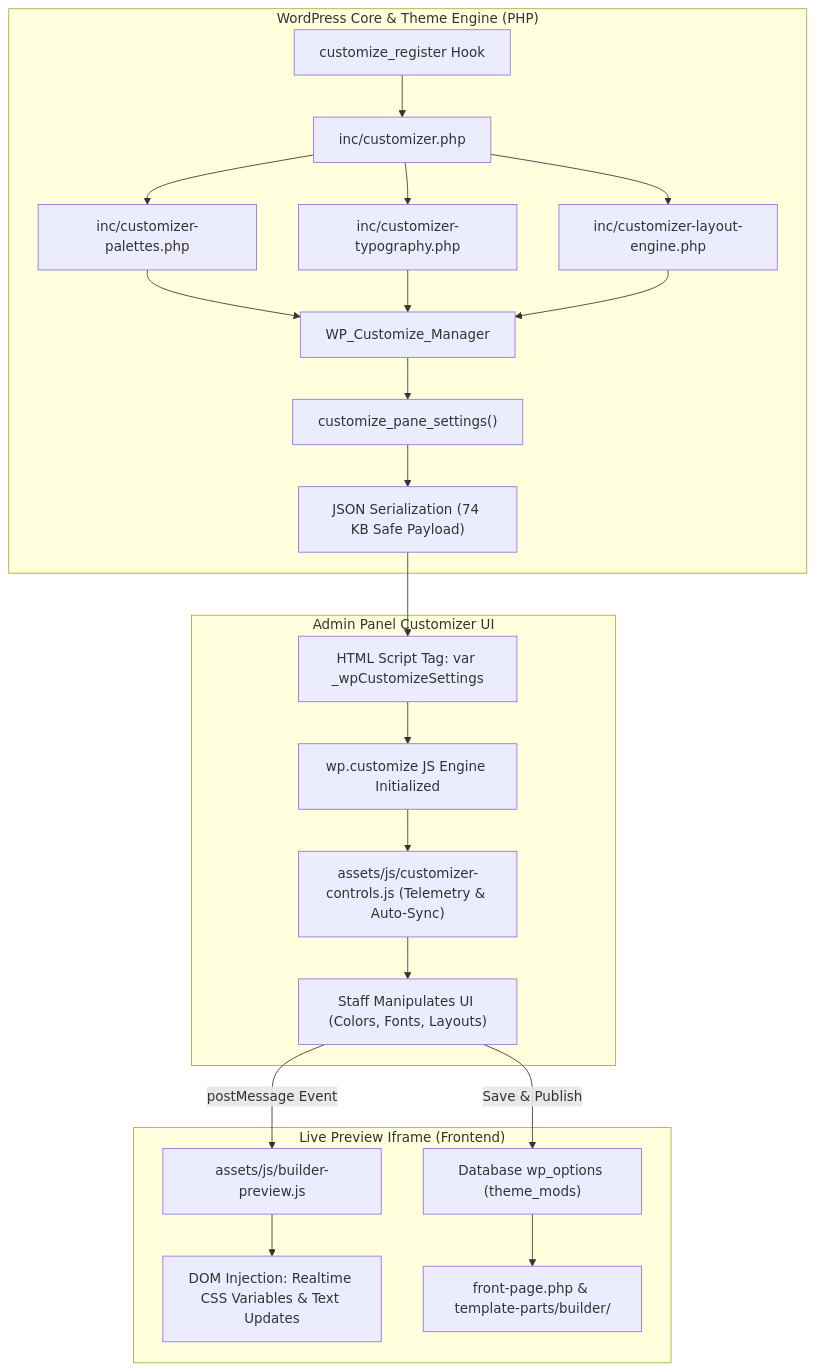
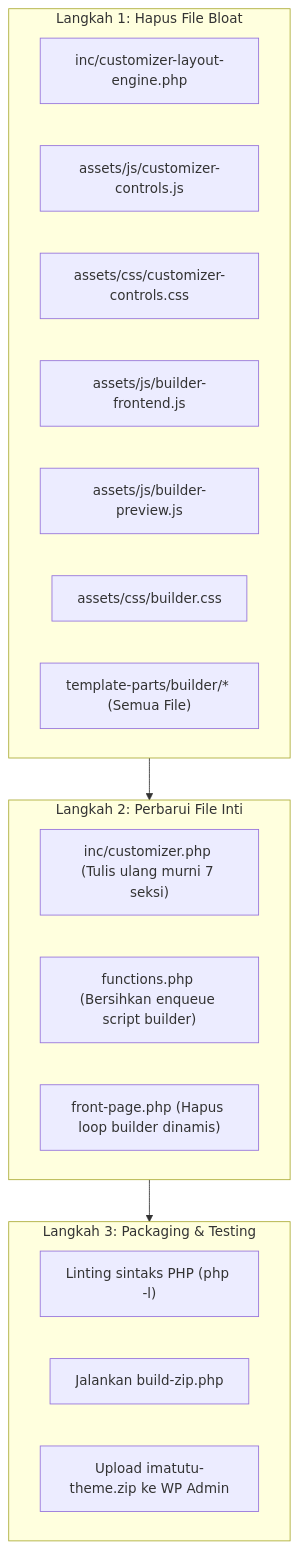
Before and after one commit to debudhiart/Imatutu-themes: the diagram in issue.md, drawn with Mermaid. The commit also changed other lines of this file and 3 other files, not shown here.

````diff
--- a/issue.md
+++ b/issue.md
@@ -190,27 +50,26 @@
 ```mermaid
 flowchart TD
-    subgraph WP_Backend["WordPress Core & Theme Engine (PHP)"]
-        A["customize_register Hook"] --> B["inc/customizer.php"]
-        B --> C["inc/customizer-palettes.php"]
-        B --> D["inc/customizer-typography.php"]
-        B --> E["inc/customizer-layout-engine.php"]
-        
-        C & D & E --> F["WP_Customize_Manager"]
-        F --> G["customize_pane_settings()"]
-        G --> H["JSON Serialization (74 KB Safe Payload)"]
+    subgraph Delete["Langkah 1: Hapus File Bloat"]
+        D1["inc/customizer-layout-engine.php"]
+        D2["assets/js/customizer-controls.js"]
+        D3["assets/css/customizer-controls.css"]
+        D4["assets/js/builder-frontend.js"]
+        D5["assets/js/builder-preview.js"]
+        D6["assets/css/builder.css"]
+        D7["template-parts/builder/* (Semua File)"]
     end
 
-    subgraph Browser_Admin["Admin Panel Customizer UI"]
-        H --> I["HTML Script Tag: var _wpCustomizeSettings"]
-        I --> J["wp.customize JS Engine Initialized"]
-        J --> K["assets/js/customizer-controls.js (Telemetry & Auto-Sync)"]
-        K --> L["Staff Manipulates UI (Colors, Fonts, Layouts)"]
+    subgraph Refactor["Langkah 2: Perbarui File Inti"]
+        F1["inc/customizer.php (Tulis ulang murni 7 seksi)"]
+        F2["functions.php (Bersihkan enqueue script builder)"]
+        F3["front-page.php (Hapus loop builder dinamis)"]
     end
 
-    subgraph Preview_Iframe["Live Preview Iframe (Frontend)"]
-        L -- postMessage Event --> M["assets/js/builder-preview.js"]
-        M --> N["DOM Injection: Realtime CSS Variables & Text Updates"]
-        L -- Save & Publish --> O["Database wp_options (theme_mods)"]
-        O --> P["front-page.php & template-parts/builder/"]
+    subgraph Build["Langkah 3: Packaging & Testing"]
+        B1["Linting sintaks PHP (php -l)"]
+        B2["Jalankan build-zip.php"]
+        B3["Upload imatutu-theme.zip ke WP Admin"]
     end
+
+    Delete --> Refactor --> Build
 ```
````
